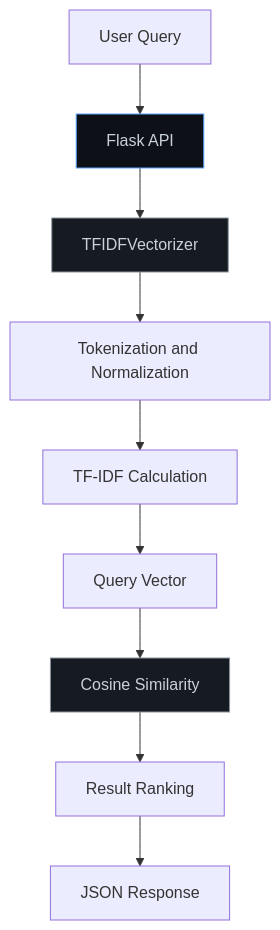
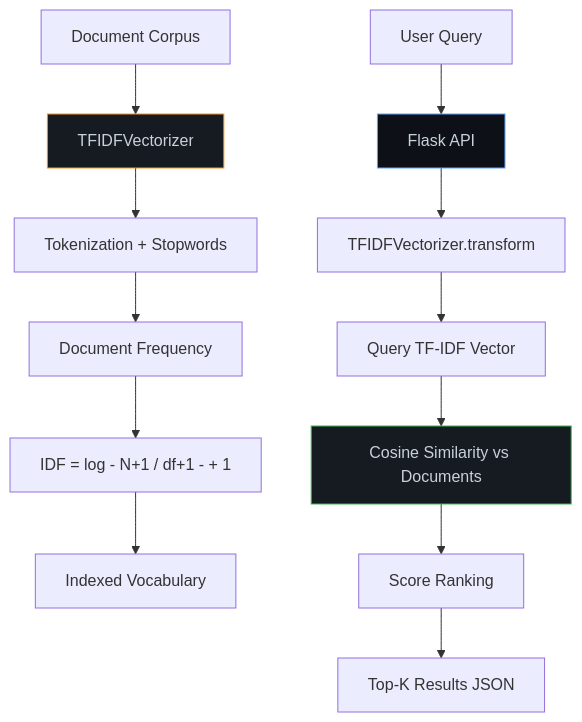
Before and after one commit to galafis/Semantic-Search-Engine: the third of 4 diagrams in README.md, drawn with Mermaid. The commit also changed other lines of this file and 3 other files, not shown here.

````diff
--- a/README.md
+++ b/README.md
@@ -86,15 +203,19 @@
 ```mermaid
 graph TD
-    A[User Query] --> B[Flask API]
-    B --> C[TFIDFVectorizer]
-    C --> D[Tokenization and Normalization]
-    D --> E[TF-IDF Calculation]
-    E --> F[Query Vector]
-    F --> G[Cosine Similarity]
-    G --> H[Result Ranking]
-    H --> I[JSON Response]
+    A[Document Corpus] --> B[TFIDFVectorizer]
+    B --> C[Tokenization + Stopwords]
+    C --> D[Document Frequency]
+    D --> E[IDF = log - N+1 / df+1 - + 1]
+    E --> F[Indexed Vocabulary]
 
-    style B fill:#0d1117,color:#c9d1d9,stroke:#58a6ff
-    style C fill:#161b22,color:#c9d1d9,stroke:#8b949e
-    style G fill:#161b22,color:#c9d1d9,stroke:#8b949e
+    G[User Query] --> H[Flask API]
+    H --> I[TFIDFVectorizer.transform]
+    I --> J[Query TF-IDF Vector]
+    J --> K[Cosine Similarity vs Documents]
+    K --> L[Score Ranking]
+    L --> M[Top-K Results JSON]
+
+    style H fill:#0d1117,color:#c9d1d9,stroke:#58a6ff
+    style B fill:#161b22,color:#c9d1d9,stroke:#F7931E
+    style K fill:#161b22,color:#c9d1d9,stroke:#3fb950
 ```
````
